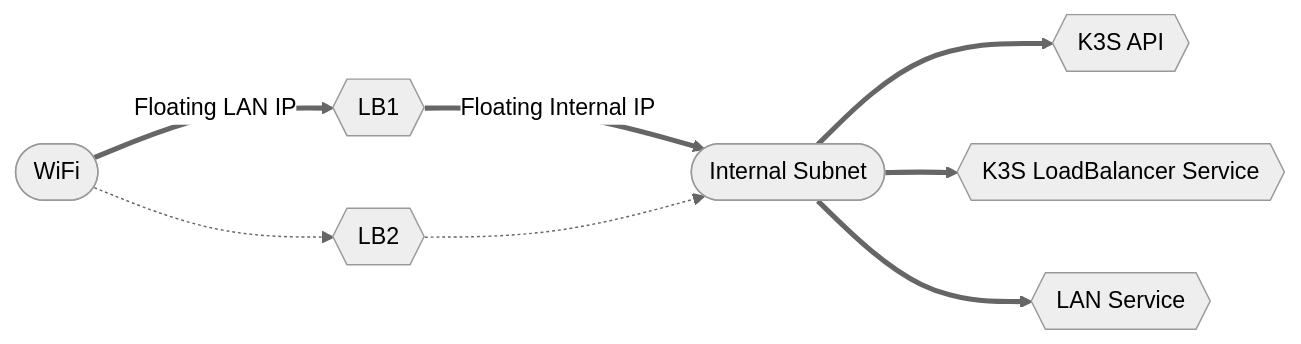
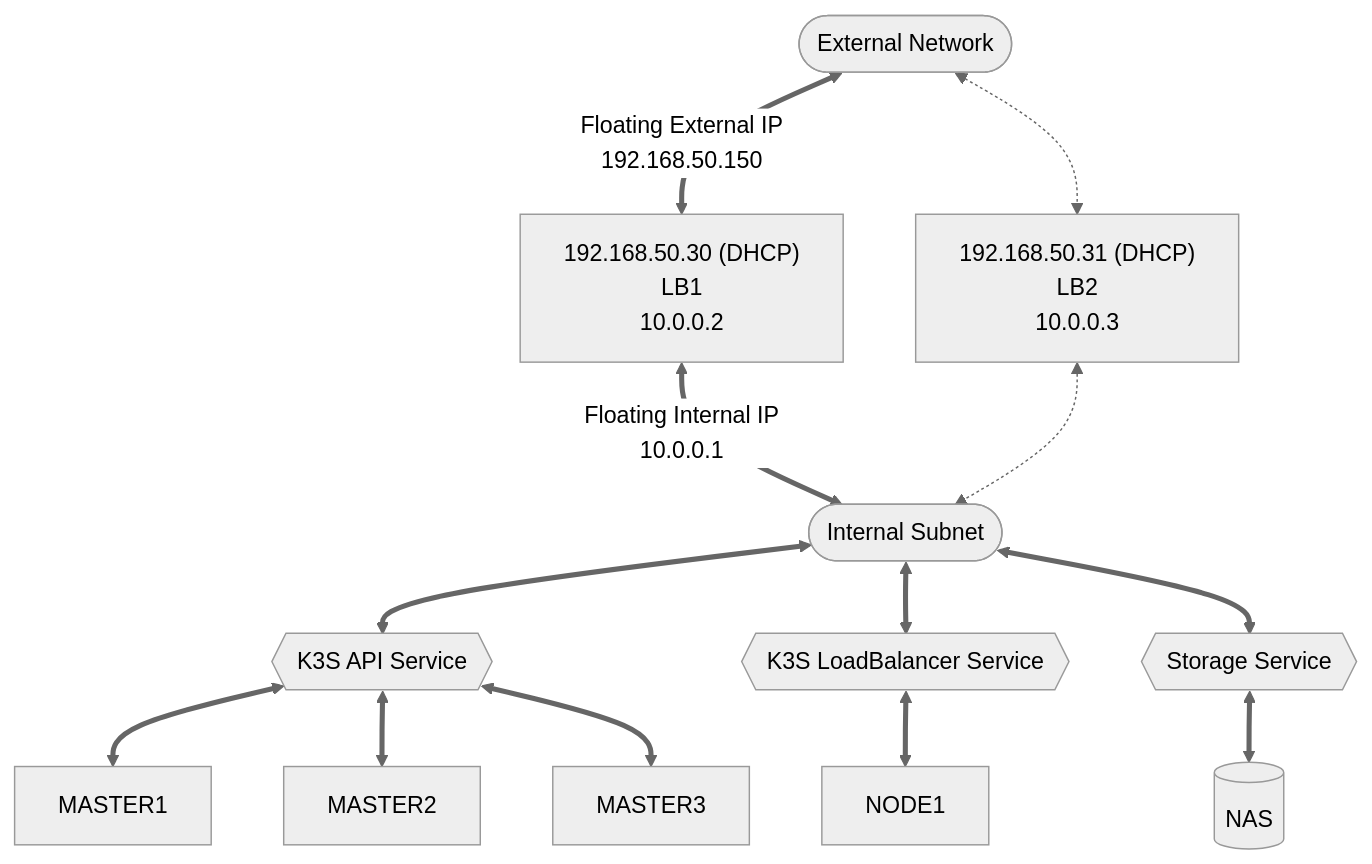
One commit to febus982/k3s-cluster changed the diagram in docs/network.md. Above: the diagram before and after it, drawn with Mermaid (neutral theme). The commit also changed other lines of this file, not shown here.

Commit message:
More details on graph

````diff
--- a/docs/network.md
+++ b/docs/network.md
@@ -5,15 +7,23 @@
 ``` mermaid
-graph LR
-    LAN([WiFi])
-    LB1{{LB1}}
-    LB2{{LB2}}
+graph TD
+    LAN([External Network])
+    LB1["192.168.50.30 (DHCP)"<br />LB1<br />10.0.0.2]
+    LB2["192.168.50.31 (DHCP)"<br />LB2<br />10.0.0.3]
+    MASTER1[MASTER1]
+    MASTER2[MASTER2]
+    MASTER3[MASTER3]
+    NODE1[NODE1]
+    INTERNAL_NAS[(NAS)]
     INTERNAL_SUBNET([Internal Subnet])
-    KUBE_API{{K3S API}}
+    KUBE_API{{K3S API Service}}
     KUBE_SVC{{K3S LoadBalancer Service}}
-    LAN_SVC{{LAN Service}}
-    LAN ==>|Floating LAN IP| LB1
-    LAN -.-> LB2
-    LB1 ==>|Floating Internal IP| INTERNAL_SUBNET
-    LB2 -.-> INTERNAL_SUBNET
-    INTERNAL_SUBNET ==> KUBE_API & KUBE_SVC & LAN_SVC
+    INTERNAL_STORAGE{{Storage Service}}
+    LAN <==>|Floating External IP<br />192.168.50.150| LB1
+    LAN <-.-> LB2
+    LB1 <==>|Floating Internal IP<br />10.0.0.1| INTERNAL_SUBNET
+    LB2 <-.-> INTERNAL_SUBNET
+    INTERNAL_SUBNET <==> KUBE_API & KUBE_SVC & INTERNAL_STORAGE
+    KUBE_API <==> MASTER1 & MASTER2 & MASTER3
+    KUBE_SVC <==> NODE1
+    INTERNAL_STORAGE <==> INTERNAL_NAS
 ```
````
